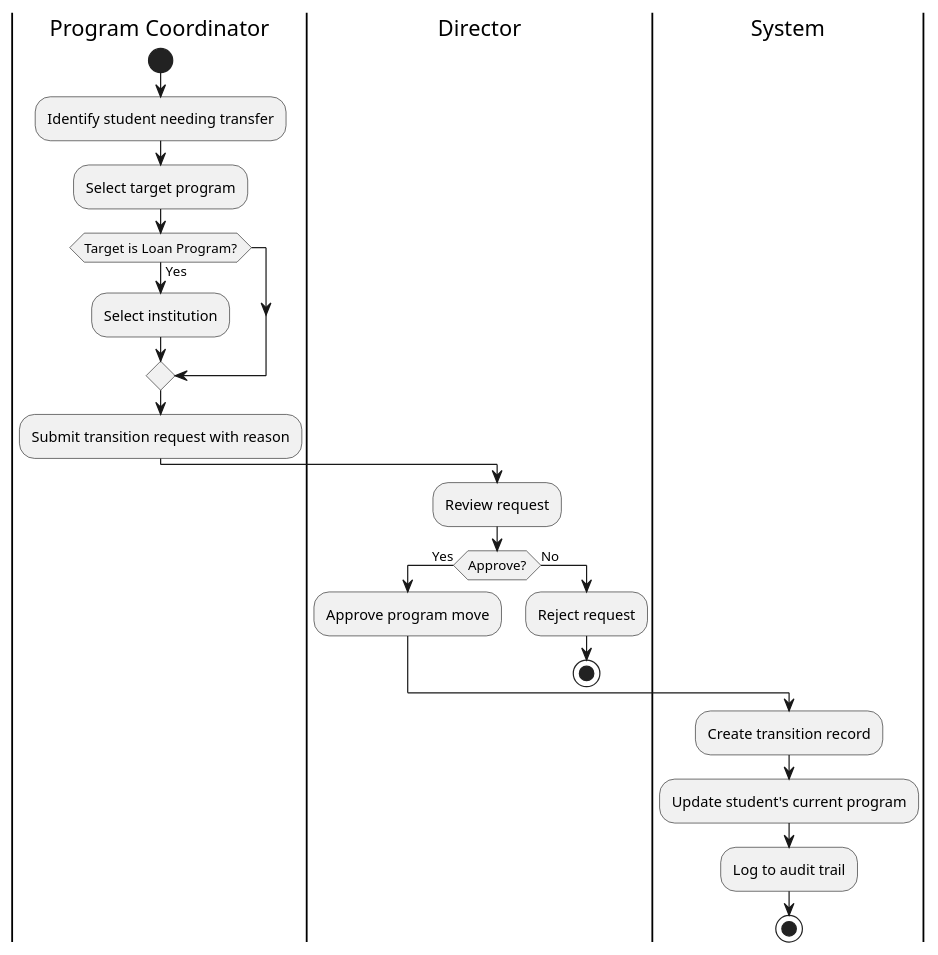
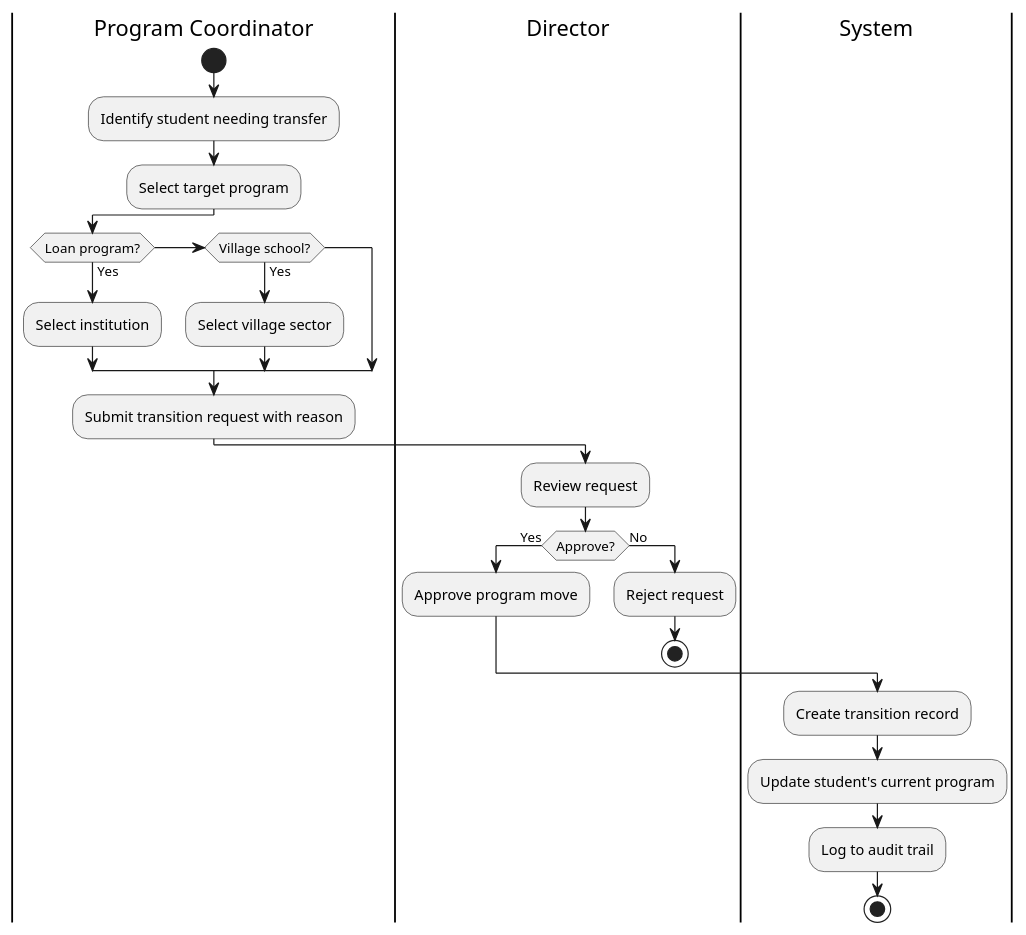
One commit to TainYanTun/BHSMS-Architectural-Blueprint changed the diagram in activity-diagram/workflow_transition.puml. Above: the diagram before and after it, drawn with PlantUML. The commit also changed 21 other files, not shown here.

First line of the commit message:
feat: add email gateway broadcast, sync ERD, update workflow diagrams

```diff
--- a/activity-diagram/workflow_transition.puml
+++ b/activity-diagram/workflow_transition.puml
@@ -1,25 +1,27 @@
 @startuml
 |Program Coordinator|
 start
 :Identify student needing transfer;
 :Select target program;
-if (Target is Loan Program?) then (Yes)
+if (Loan program?) then (Yes)
   :Select institution;
+elseif (Village school?) then (Yes)
+  :Select village sector;
 endif
 :Submit transition request with reason;
 
 |Director|
 :Review request;
 if (Approve?) then (Yes)
   :Approve program move;
 else (No)
   :Reject request;
   stop
 endif
 
 |System|
 :Create transition record;
 :Update student's current program;
 :Log to audit trail;
 stop
 @enduml
```
